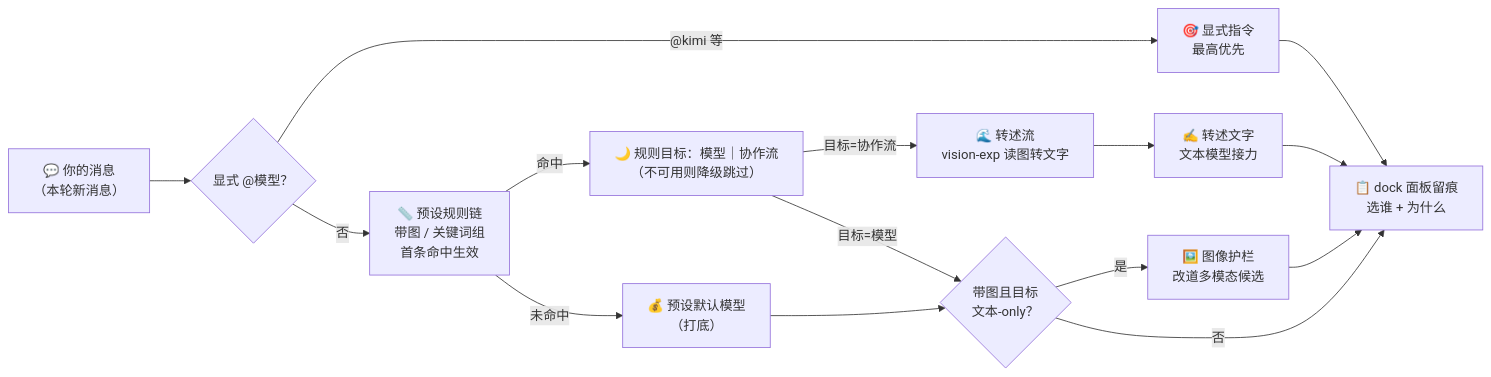
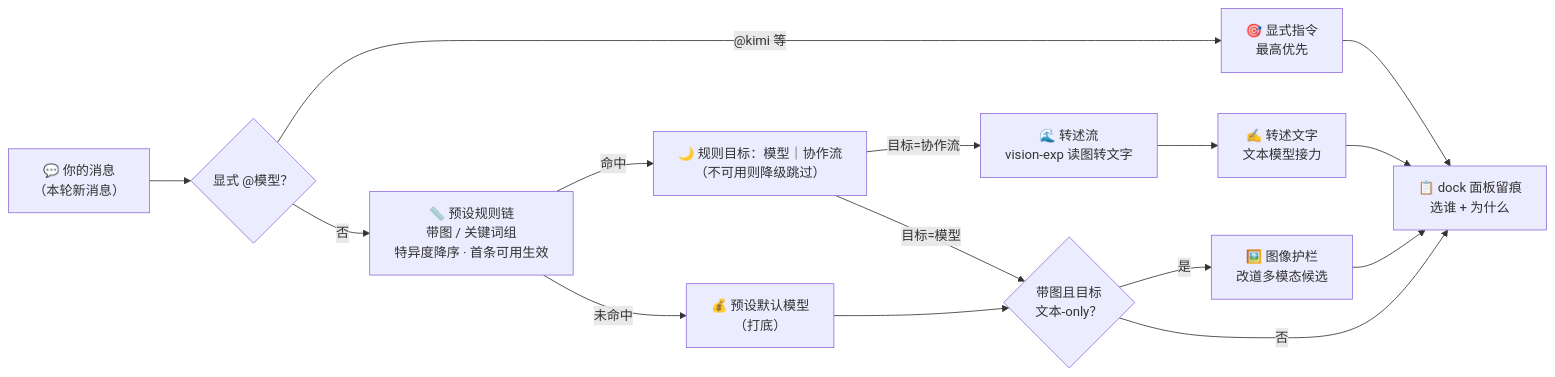
One commit to tafcear/kimi-tide changed the diagram in README.md. Above: the diagram before and after it, drawn with Mermaid. The commit also changed other lines of this file and 5 other files, not shown here.

Commit message:
fix(settings): Q2 页签不再藏错误横幅与已保存提示（trial 行补 :not(.kt-error):not(.kt-saved)、flows 行补 :not(.kt-saved)——role=status 被 display:none 后保存静默无播报）+ Q4 README 双语措辞纠偏（首条命中→特异度降序·首条可用）；597/597 绿 + readme-sync 通过

````diff
--- a/README.md
+++ b/README.md
@@ -55,17 +55,17 @@
 ```mermaid
 flowchart LR
     A["💬 你的消息<br>（本轮新消息）"] --> B{"显式 @模型？"}
     B -- "@kimi 等" --> H["🎯 显式指令<br>最高优先"]
-    B -- 否 --> C["📏 预设规则链<br>带图 / 关键词组<br>首条命中生效"]
+    B -- 否 --> C["📏 预设规则链<br>带图 / 关键词组<br>特异度降序 · 首条可用生效"]
     C -- 命中 --> D["🌙 规则目标：模型｜协作流<br>（不可用则降级跳过）"]
     C -- 未命中 --> E["💰 预设默认模型<br>（打底）"]
     H --> J
     D -- "目标=协作流" --> T["🌊 转述流<br>vision-exp 读图转文字"]
     D -- "目标=模型" --> F
     E --> F{"带图且目标<br>文本-only？"}
     T --> K["✍️ 转述文字<br>文本模型接力"]
     F -- 是 --> G["🖼️ 图像护栏<br>改道多模态候选"]
     F -- 否 --> J["📋 dock 面板留痕<br>选谁 + 为什么"]
     G --> J
     K --> J
 ```
````
